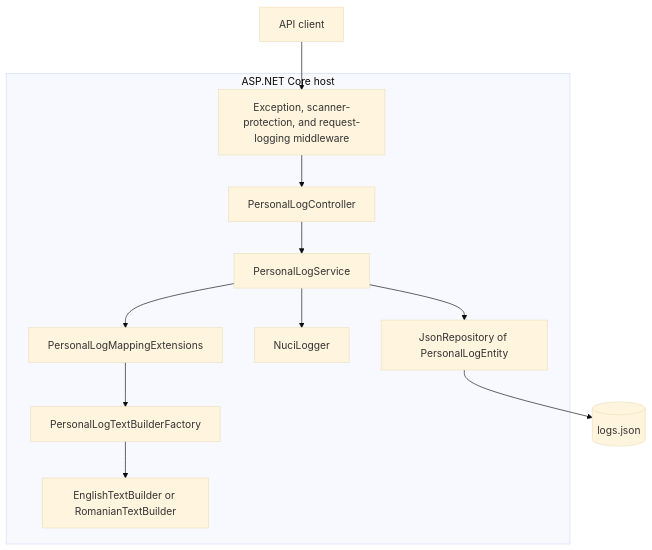
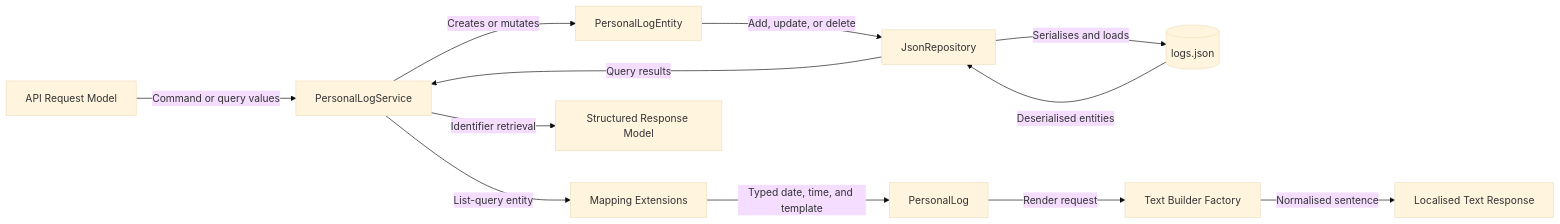
Before and after one commit to hmlendea/personal-log-manager: the fourth of 8 diagrams in ARCHITECTURE.md, drawn with Mermaid (base theme). The commit also changed other lines of this file, not shown here.

Commit message:
architecture: Updated the md

````diff
--- a/ARCHITECTURE.md
+++ b/ARCHITECTURE.md
@@ -34,27 +166,25 @@
 ```mermaid
-flowchart TD
-    Client[API client]
+flowchart LR
+    Request[API Request Model]
+    Service[PersonalLogService]
+    Entity[PersonalLogEntity]
+    Repository[JsonRepository]
+    Store[(logs.json)]
+    Mapper[Mapping Extensions]
+    Domain[PersonalLog]
+    Factory[Text Builder Factory]
+    Text[Localised Text Response]
+    Structured[Structured Response Model]
 
-    subgraph Host[ASP.NET Core host]
-        Middleware[Exception, scanner-protection, and request-logging middleware]
-        Controller[PersonalLogController]
-        Service[PersonalLogService]
-        Factory[PersonalLogTextBuilderFactory]
-        Builders[EnglishTextBuilder or RomanianTextBuilder]
-        Mapper[PersonalLogMappingExtensions]
-        Logger[NuciLogger]
-        Repository[JsonRepository of PersonalLogEntity]
-    end
-
-    Json[(logs.json)]
-
-    Client --> Middleware
-    Middleware --> Controller
-    Controller --> Service
-    Service --> Repository
-    Repository --> Json
-    Service --> Mapper
-    Mapper --> Factory
-    Factory --> Builders
-    Service --> Logger
+    Request -->|Command or query values| Service
+    Service -->|Creates or mutates| Entity
+    Entity -->|Add, update, or delete| Repository
+    Repository -->|Serialises and loads| Store
+    Store -->|Deserialised entities| Repository
+    Repository -->|Query results| Service
+    Service -->|Identifier retrieval| Structured
+    Service -->|List-query entity| Mapper
+    Mapper -->|Typed date, time, and template| Domain
+    Domain -->|Render request| Factory
+    Factory -->|Normalised sentence| Text
 ```
````
